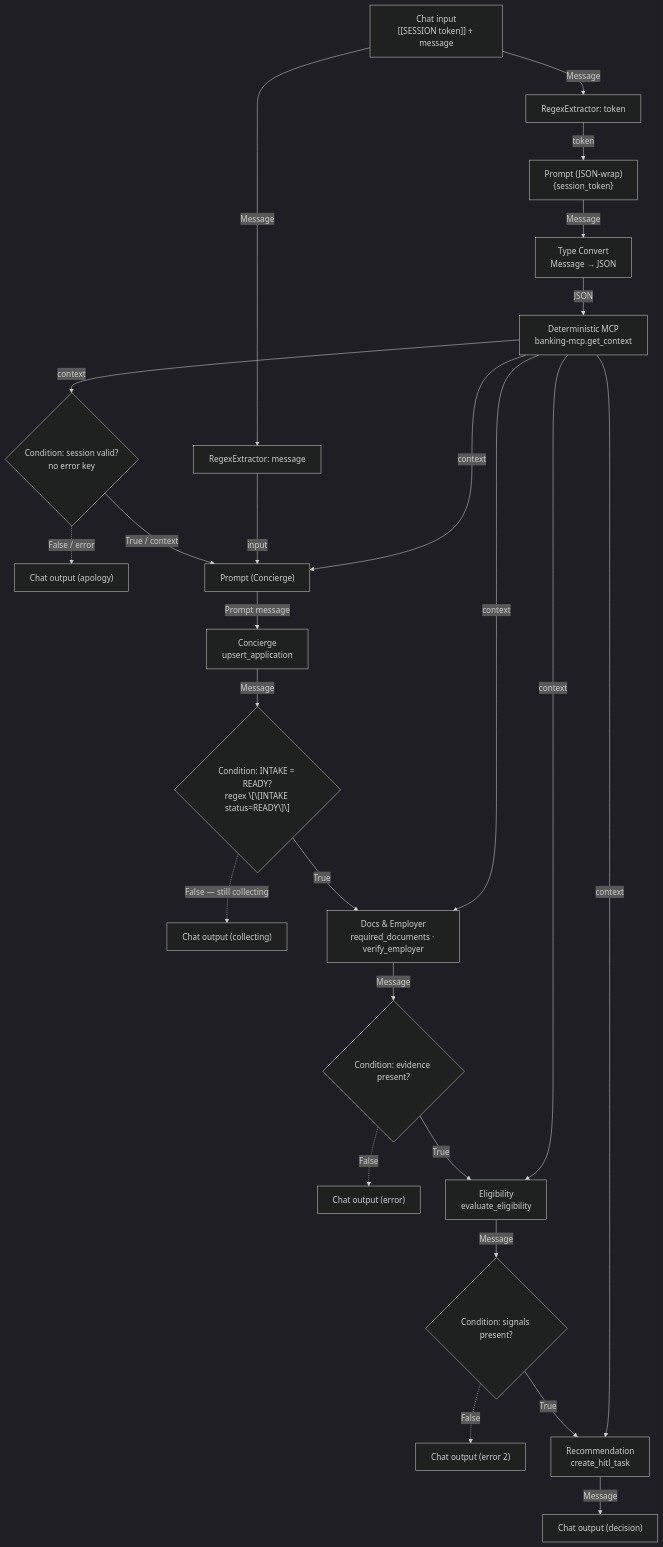
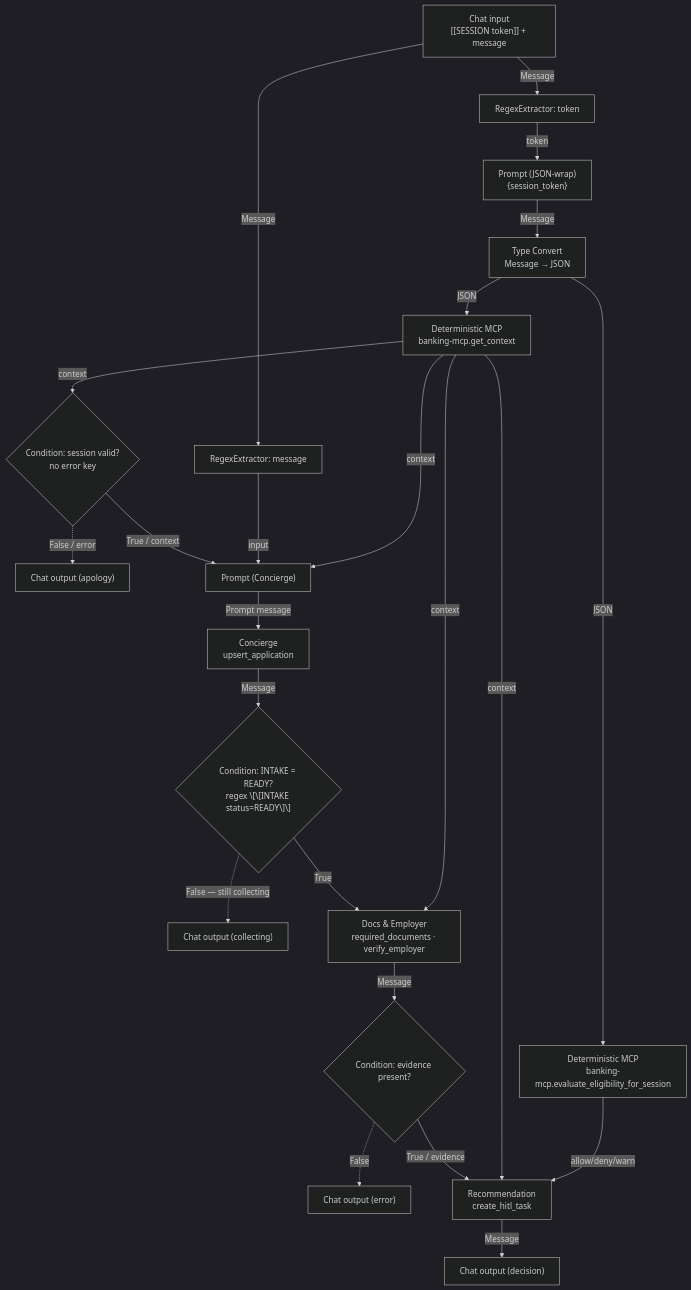
Before and after one commit to vmleon/oracle-database-private-agent-factory-poc: the first of 20 diagrams in paf/flows/CHAT_WORKFLOW.md, drawn with Mermaid (dark theme). The commit also changed other lines of this file and 4 other files, not shown here.

Commit message:
feat(paf): add deterministic eligibility node, send CSRF origin

````diff
--- a/paf/flows/CHAT_WORKFLOW.md
+++ b/paf/flows/CHAT_WORKFLOW.md
@@ -49,27 +49,25 @@
 ```mermaid
 flowchart TD
     CI["Chat input<br/>[[SESSION token]] + message"] -->|Message| RT["RegexExtractor: token"]
     CI -->|Message| RM["RegexExtractor: message"]
     RT -->|token| JW["Prompt (JSON-wrap)<br/>{session_token}"]
     JW -->|Message| TC["Type Convert<br/>Message → JSON"]
     TC -->|JSON| GC["Deterministic MCP<br/>banking-mcp.get_context"]
+    TC -->|JSON| GE["Deterministic MCP<br/>banking-mcp.evaluate_eligibility_for_session"]
     GC -->|context| G0{"Condition: session valid?<br/>no error key"}
     G0 -.->|False / error| OAPO["Chat output (apology)"]
     G0 -->|True / context| CP["Prompt (Concierge)"]
     RM -->|input| CP
     GC -->|context| CP
     CP -->|Prompt message| C["Concierge<br/>upsert_application"]
     C -->|Message| G1{"Condition: INTAKE = READY?<br/>regex \[\[INTAKE status=READY\]\]"}
     G1 -.->|False — still collecting| OASK["Chat output (collecting)"]
     G1 -->|True| DE["Docs & Employer<br/>required_documents · verify_employer"]
     GC -->|context| DE
     DE -->|Message| G2{"Condition: evidence present?"}
     G2 -.->|False| OERR1["Chat output (error)"]
-    G2 -->|True| EL["Eligibility<br/>evaluate_eligibility"]
-    GC -->|context| EL
-    EL -->|Message| G3{"Condition: signals present?"}
-    G3 -.->|False| OERR2["Chat output (error 2)"]
-    G3 -->|True| RC["Recommendation<br/>create_hitl_task"]
+    G2 -->|True / evidence| RC["Recommendation<br/>create_hitl_task"]
     GC -->|context| RC
+    GE -->|allow/deny/warn| RC
     RC -->|Message| ODEC["Chat output (decision)"]
 ```
````
